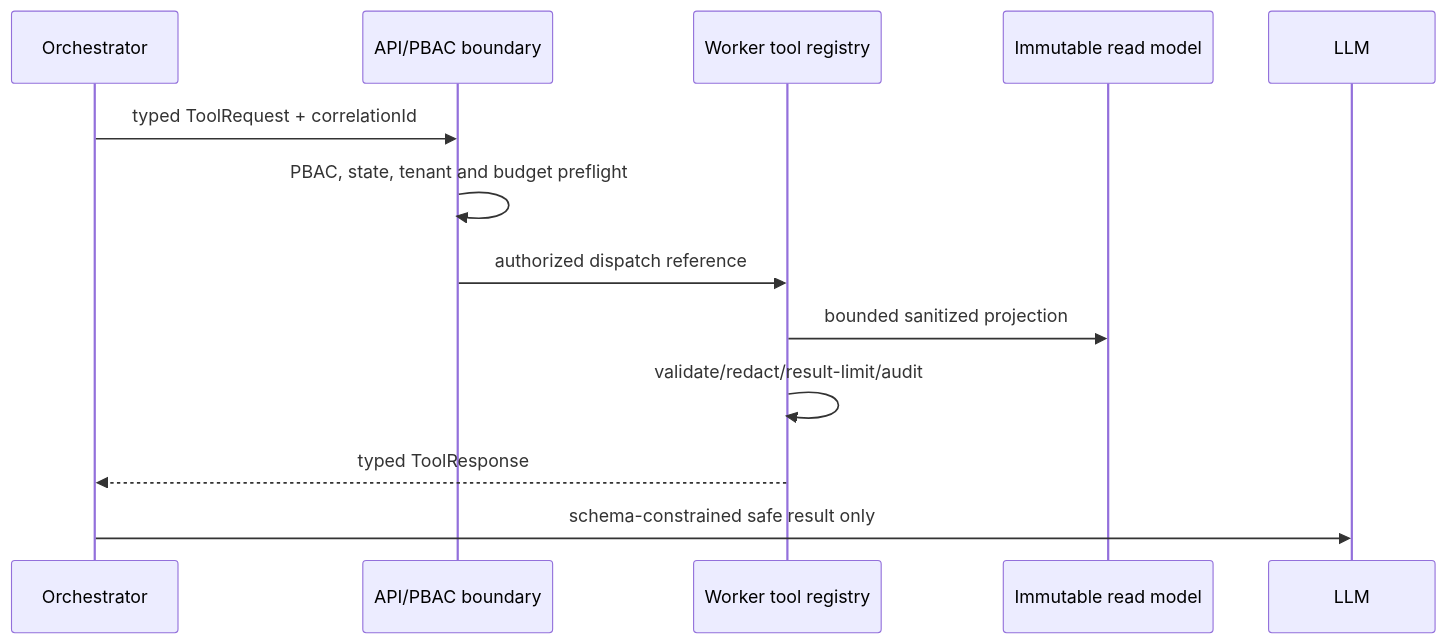
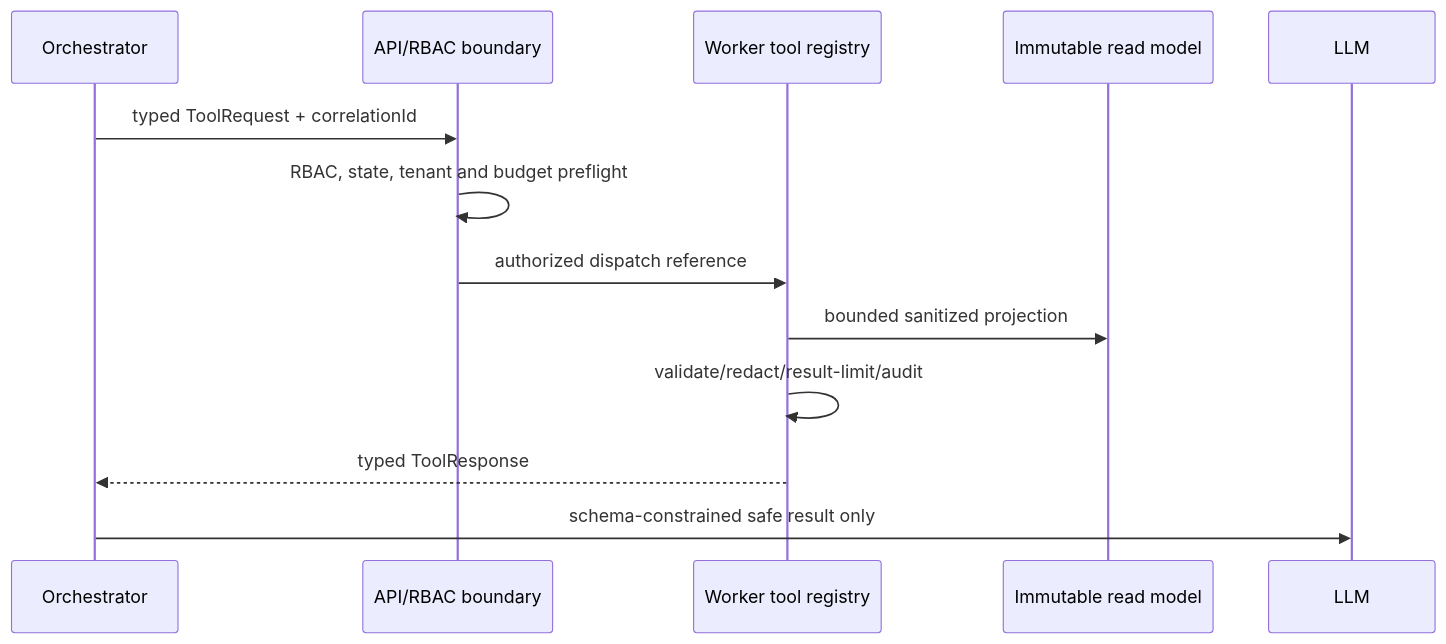
The diagram in docs/implementation/tasks/modules/agentic-evidence-tools/shared-tool-contract.md (khovan123/LCSP), drawn with Mermaid before and after one commit. The commit also changed other lines of this file and 519 other files, not shown here.

````diff
--- a/docs/implementation/tasks/modules/agentic-evidence-tools/shared-tool-contract.md
+++ b/docs/implementation/tasks/modules/agentic-evidence-tools/shared-tool-contract.md
@@ -14,15 +14,15 @@
 ```mermaid
 sequenceDiagram
   participant O as Orchestrator
-  participant A as API/PBAC boundary
+  participant A as API/RBAC boundary
   participant W as Worker tool registry
   participant R as Immutable read model
   participant L as LLM
   O->>A: typed ToolRequest + correlationId
-  A->>A: PBAC, state, tenant and budget preflight
+  A->>A: RBAC, state, tenant and budget preflight
   A->>W: authorized dispatch reference
   W->>R: bounded sanitized projection
   W->>W: validate/redact/result-limit/audit
   W-->>O: typed ToolResponse
   O->>L: schema-constrained safe result only
 ```
````
